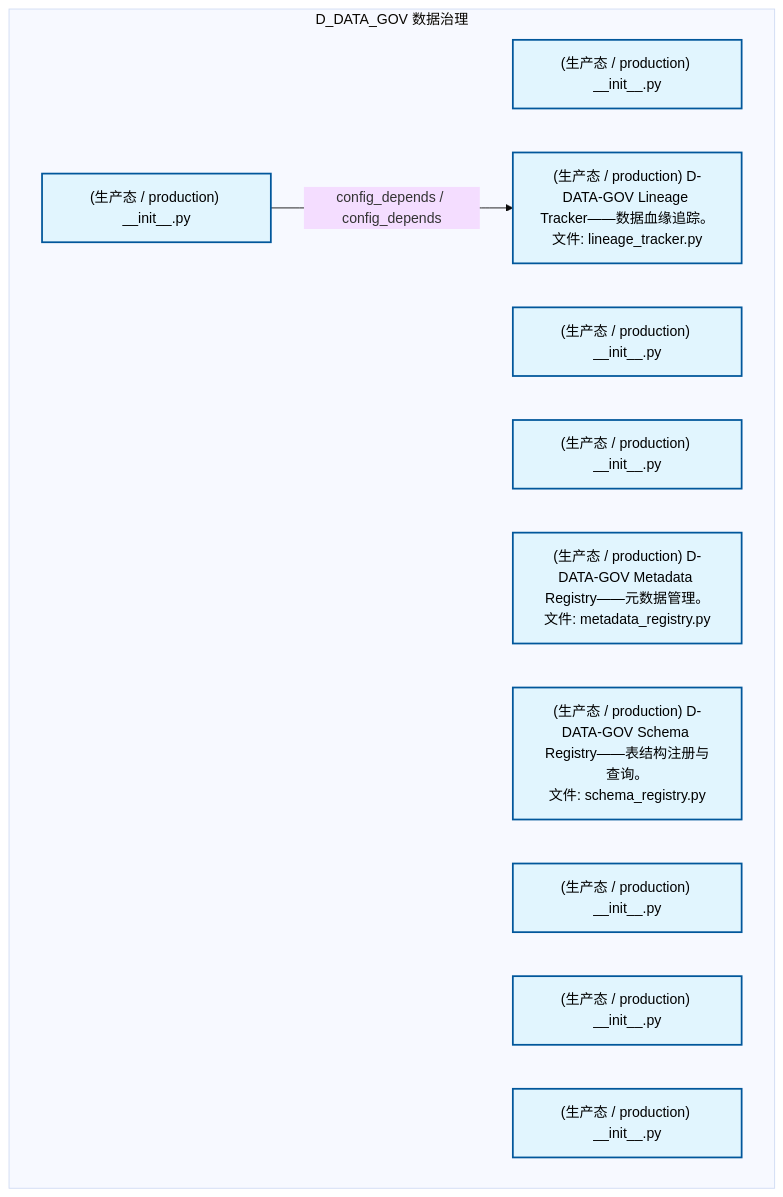
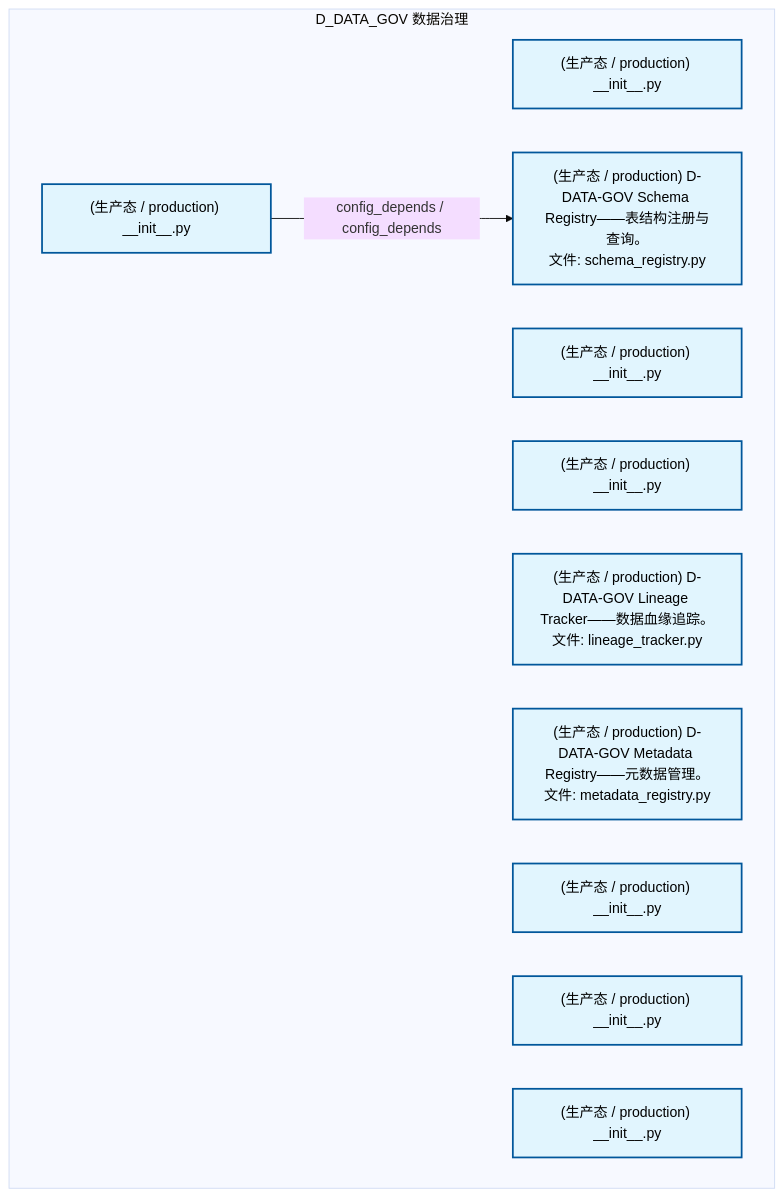
The first of 2 diagrams in docs/02_enterprise_architecture/02_domain_architecture_docs/13_d_data_gov.md (xuanFelixVan/ZephyrAlpha), drawn with Mermaid (base theme) before and after one commit. The commit also changed other lines of this file and 41 other files, not shown here.

````diff
--- a/docs/02_enterprise_architecture/02_domain_architecture_docs/13_d_data_gov.md
+++ b/docs/02_enterprise_architecture/02_domain_architecture_docs/13_d_data_gov.md
@@ -70,21 +70,21 @@
 ```mermaid
 graph TD
     subgraph D_DATA_GOV["D_DATA_GOV 数据治理"]
         src_zephyr_data_governance_init_py["(生产态 / production) __init__.py"]
         src_zephyr_data_governance_extensions_init_py["(生产态 / production) __init__.py"]
         src_zephyr_data_governance_api_init_py["(生产态 / production) __init__.py"]
         src_zephyr_data_governance_core_init_py["(生产态 / production) __init__.py"]
         src_zephyr_data_governance_core_lineage_tracker_py["(生产态 / production) D-DATA-GOV Lineage Tracker——数据血缘追踪。<br/>文件: lineage_tracker.py"]
         src_zephyr_data_governance_core_metadata_registry_py["(生产态 / production) D-DATA-GOV Metadata Registry——元数据管理。<br/>文件: metadata_registry.py"]
         src_zephyr_data_governance_core_schema_registry_py["(生产态 / production) D-DATA-GOV Schema Registry——表结构注册与查询。<br/>文件: schema_registry.py"]
         src_zephyr_data_governance_infrastructure_init_py["(生产态 / production) __init__.py"]
         src_zephyr_data_governance_models_init_py["(生产态 / production) __init__.py"]
         src_zephyr_data_governance_services_init_py["(生产态 / production) __init__.py"]
     end
-    src_zephyr_data_governance_core_init_py -->|config_depends / config_depends| src_zephyr_data_governance_core_lineage_tracker_py
+    src_zephyr_data_governance_core_init_py -->|config_depends / config_depends| src_zephyr_data_governance_core_schema_registry_py
     classDef production fill:#e1f5fe,stroke:#01579b,stroke-width:2px,color:#000
     classDef design fill:#fff3e0,stroke:#e65100,stroke-width:2px,color:#000,stroke-dasharray: 5 5
     classDef external_prod fill:#e8f5e9,stroke:#1b5e20,stroke-width:1px,color:#000
     classDef external_design fill:#fce4ec,stroke:#880e4f,stroke-width:1px,color:#000,stroke-dasharray: 5 5
     class src_zephyr_data_governance_init_py,src_zephyr_data_governance_extensions_init_py,src_zephyr_data_governance_api_init_py,src_zephyr_data_governance_core_init_py,src_zephyr_data_governance_core_lineage_tracker_py,src_zephyr_data_governance_core_metadata_registry_py,src_zephyr_data_governance_core_schema_registry_py,src_zephyr_data_governance_infrastructure_init_py,src_zephyr_data_governance_models_init_py,src_zephyr_data_governance_services_init_py production
 ```
````
